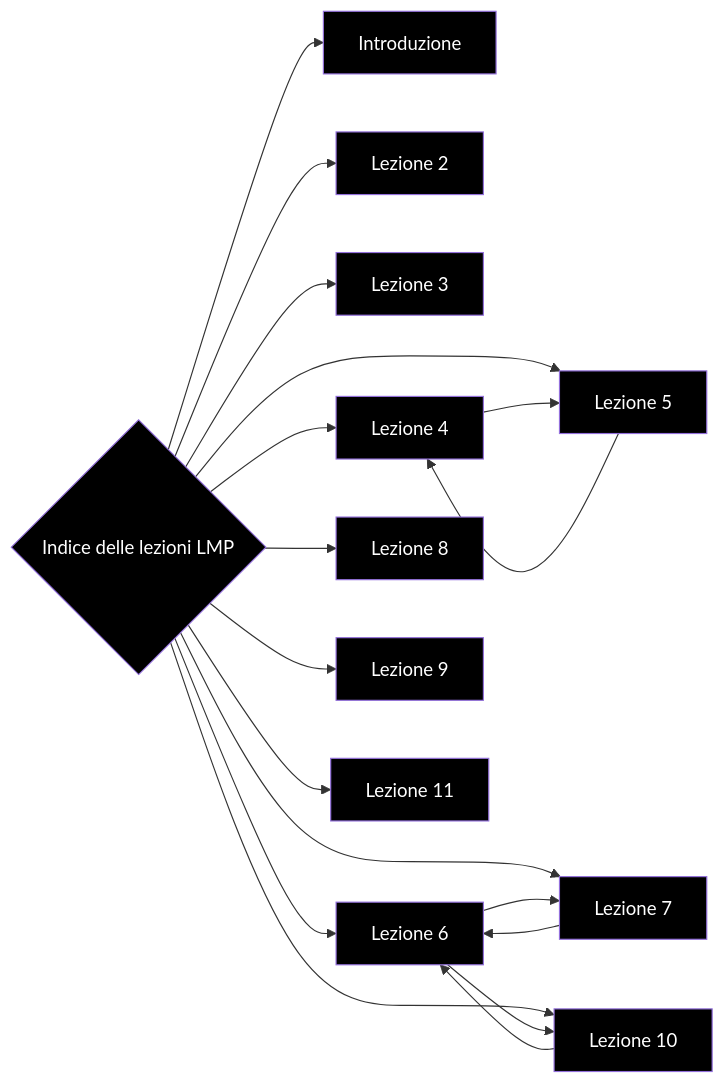
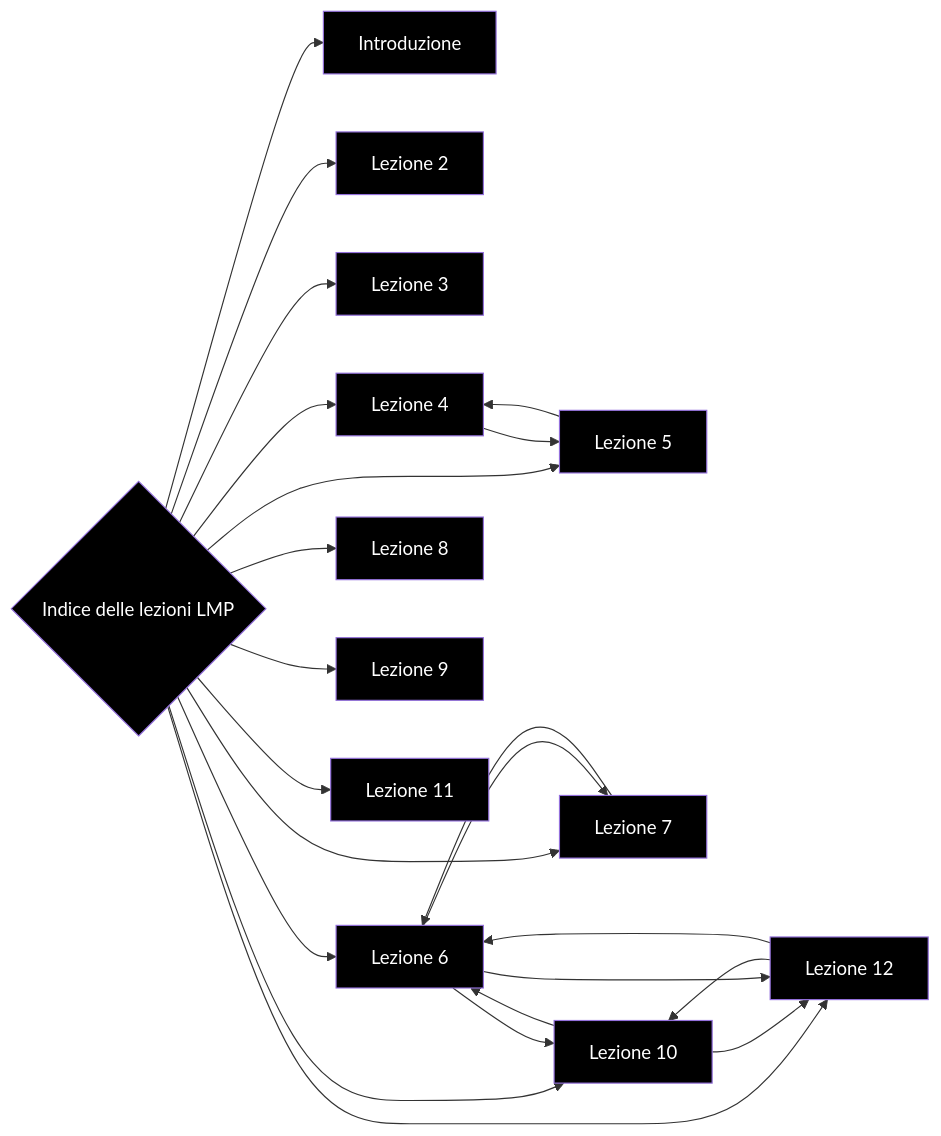
One commit to francosalvucci14/Appunti-II-anno changed the diagram in Appunti LMP/MOD I/Indice delle lezioni LMP.md. Above: the diagram before and after it, drawn with Mermaid. The commit also changed other lines of this file and 3 other files, not shown here.

````diff
--- a/Appunti LMP/MOD I/Indice delle lezioni LMP.md
+++ b/Appunti LMP/MOD I/Indice delle lezioni LMP.md
@@ -19,36 +20,42 @@
 ```mermaid
 graph LR
 	A{Indice delle lezioni LMP}
 	B[Introduzione]
 	C[Lezione 2]
 	D[Lezione 3]
 	E[Lezione 4]
 	F[Lezione 5]
 	G[Lezione 6]
 	H[Lezione 7]
 	I[Lezione 8]
 	J[Lezione 9]
 	K[Lezione 10]
 	L[Lezione 11]
+	M[Lezione 12]
 
 	style A fill:black, color:#fff
 	style B fill:black, color:#fff
 	style C fill:black, color:#fff
 	style D fill:black, color:#fff
 	style E fill:black, color:#fff
 	style F fill:black, color:#fff
 	style G fill:black, color:#fff
 	style H fill:black, color:#fff
 	style I fill:black, color:#fff
 	style J fill:black, color:#fff
 	style K fill:black, color:#fff
 	style L fill:black, color:#fff
+	style M fill:black, color:#fff
 	
-	A-->B & C & D & E & F & G & H & I & J & K & L
+	A-->B & C & D & E & F & G & H & I & J & K & L & M
 	E-->F
 	F-->E
 	G-->H
 	H-->G
 	K-->G
 	G-->K
+	M-->K
+	K-->M
+	M-->G
+	G-->M
 ```
````
